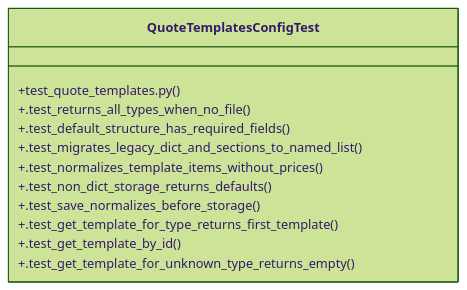
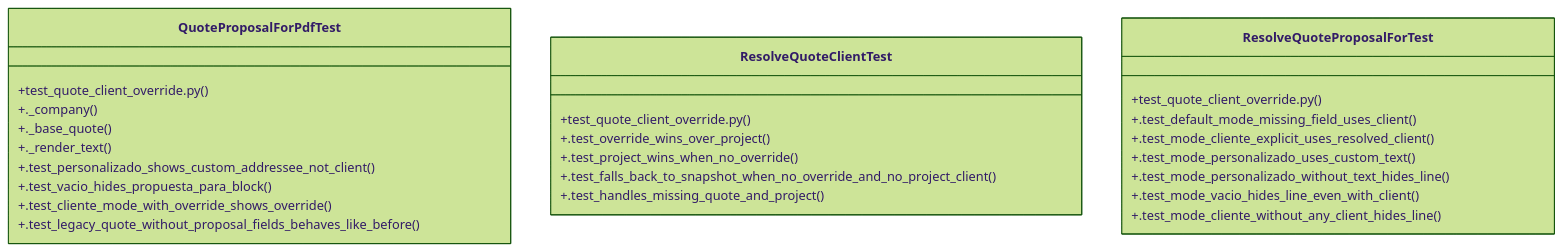
The diagram in graphify-out/wiki/Community_16.md (Daftrick/ProjectTracker), drawn with Mermaid (forest theme) before and after one commit. The commit also changed other lines of this file and 414 other files, not shown here.

First line of the commit message:
fix: fecha dd-mm-aa en PDF de LDM; refresca project_name en cotización al editar

````diff
--- a/graphify-out/wiki/Community_16.md
+++ b/graphify-out/wiki/Community_16.md
@@ -36,15 +36,29 @@
 ```mermaid
 classDiagram
-    class QuoteTemplatesConfigTest {
-        +test_quote_templates.py()
-        +.test_returns_all_types_when_no_file()
-        +.test_default_structure_has_required_fields()
-        +.test_migrates_legacy_dict_and_sections_to_named_list()
-        +.test_normalizes_template_items_without_prices()
-        +.test_non_dict_storage_returns_defaults()
-        +.test_save_normalizes_before_storage()
-        +.test_get_template_for_type_returns_first_template()
-        +.test_get_template_by_id()
-        +.test_get_template_for_unknown_type_returns_empty()
+    class QuoteProposalForPdfTest {
+        +test_quote_client_override.py()
+        +._company()
+        +._base_quote()
+        +._render_text()
+        +.test_personalizado_shows_custom_addressee_not_client()
+        +.test_vacio_hides_propuesta_para_block()
+        +.test_cliente_mode_with_override_shows_override()
+        +.test_legacy_quote_without_proposal_fields_behaves_like_before()
+    }
+    class ResolveQuoteClientTest {
+        +test_quote_client_override.py()
+        +.test_override_wins_over_project()
+        +.test_project_wins_when_no_override()
+        +.test_falls_back_to_snapshot_when_no_override_and_no_project_client()
+        +.test_handles_missing_quote_and_project()
+    }
+    class ResolveQuoteProposalForTest {
+        +test_quote_client_override.py()
+        +.test_default_mode_missing_field_uses_client()
+        +.test_mode_cliente_explicit_uses_resolved_client()
+        +.test_mode_personalizado_uses_custom_text()
+        +.test_mode_personalizado_without_text_hides_line()
+        +.test_mode_vacio_hides_line_even_with_client()
+        +.test_mode_cliente_without_any_client_hides_line()
     }
 ```
````
